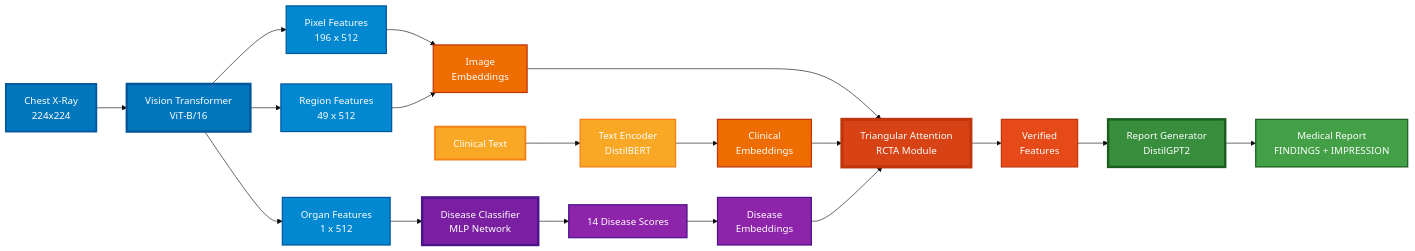
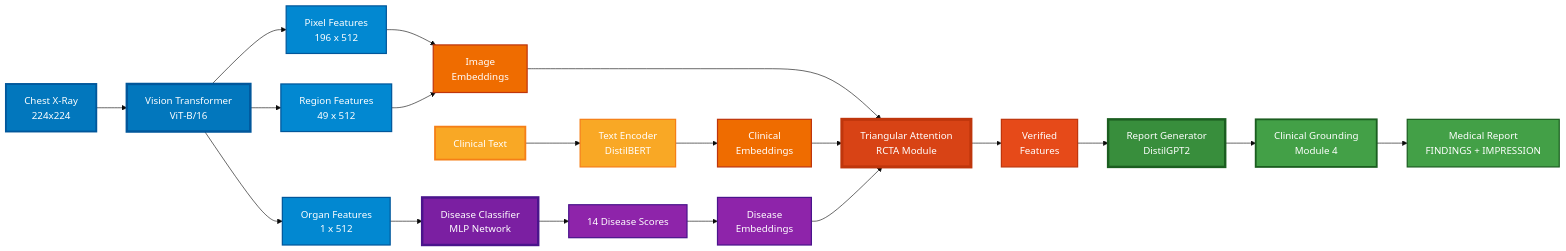
The diagram in PS_2_Cognitive_Radiology_Report/README.md (a-zax/monikabhati2005), drawn with Mermaid (base theme) before and after one commit. The commit also changed other lines of this file and 2 other files, not shown here.

````diff
--- a/PS_2_Cognitive_Radiology_Report/README.md
+++ b/PS_2_Cognitive_Radiology_Report/README.md
@@ -19,48 +20,50 @@
 ```mermaid
 flowchart LR
     A[Chest X-Ray<br/>224x224] --> B[Vision Transformer<br/>ViT-B/16]
     
     B --> C1[Pixel Features<br/>196 x 512]
     B --> C2[Region Features<br/>49 x 512]
     B --> C3[Organ Features<br/>1 x 512]
     
     C3 --> D[Disease Classifier<br/>MLP Network]
     D --> E[14 Disease Scores]
     
     C1 --> F[Image<br/>Embeddings]
     C2 --> F
     
     G[Clinical Text] --> H[Text Encoder<br/>DistilBERT]
     H --> I[Clinical<br/>Embeddings]
     
     E --> J[Disease<br/>Embeddings]
     
     F --> K[Triangular Attention<br/>RCTA Module]
     I --> K
     J --> K
     
     K --> L[Verified<br/>Features]
     L --> M[Report Generator<br/>DistilGPT2]
-    M --> N[Medical Report<br/>FINDINGS + IMPRESSION]
+    M --> O[Clinical Grounding<br/>Module 4]
+    O --> N[Medical Report<br/>FINDINGS + IMPRESSION]
     
     style A fill:#0277BD,stroke:#01579B,stroke-width:3px,color:#fff
     style B fill:#0277BD,stroke:#01579B,stroke-width:4px,color:#fff
     style C1 fill:#0288D1,stroke:#01579B,stroke-width:2px,color:#fff
     style C2 fill:#0288D1,stroke:#01579B,stroke-width:2px,color:#fff
     style C3 fill:#0288D1,stroke:#01579B,stroke-width:2px,color:#fff
     
     style D fill:#7B1FA2,stroke:#4A148C,stroke-width:4px,color:#fff
     style E fill:#8E24AA,stroke:#4A148C,stroke-width:2px,color:#fff
     
     style F fill:#EF6C00,stroke:#BF360C,stroke-width:2px,color:#fff
     style G fill:#F9A825,stroke:#F57F17,stroke-width:3px,color:#fff
     style H fill:#F9A825,stroke:#F57F17,stroke-width:2px,color:#fff
     style I fill:#EF6C00,stroke:#BF360C,stroke-width:2px,color:#fff
     style J fill:#8E24AA,stroke:#4A148C,stroke-width:2px,color:#fff
     
     style K fill:#D84315,stroke:#BF360C,stroke-width:5px,color:#fff
     style L fill:#E64A19,stroke:#BF360C,stroke-width:2px,color:#fff
     
     style M fill:#388E3C,stroke:#1B5E20,stroke-width:4px,color:#fff
+    style O fill:#43A047,stroke:#1B5E20,stroke-width:3px,color:#fff
     style N fill:#43A047,stroke:#1B5E20,stroke-width:2px,color:#fff
 ```
````
